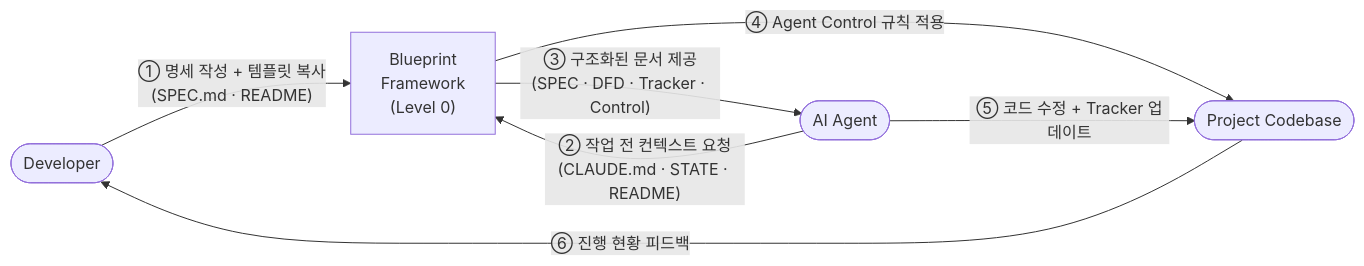
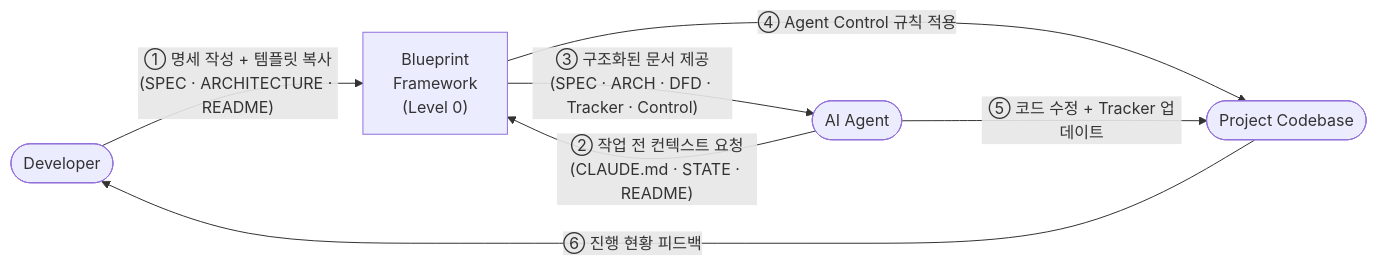
One commit to kimtaesung98/Project-Blueprint-Framework changed the diagram in README.md. Above: the diagram before and after it, drawn with Mermaid. The commit also changed other lines of this file and 14 other files, not shown here.

First line of the commit message:
docs: v2.1 — add ARCHITECTURE layer (tech stack, module rules, ADR)

````diff
--- a/README.md
+++ b/README.md
@@ -12,13 +12,13 @@
 ```mermaid
 flowchart LR
     Developer([Developer])
     Agent([AI Agent])
     Codebase([Project Codebase])
 
-    Developer -->|"① 명세 작성 + 템플릿 복사<br>(SPEC.md · README)"| BPF["Blueprint<br>Framework<br>(Level 0)"]
+    Developer -->|"① 명세 작성 + 템플릿 복사<br>(SPEC · ARCHITECTURE · README)"| BPF["Blueprint<br>Framework<br>(Level 0)"]
     Agent -->|"② 작업 전 컨텍스트 요청<br>(CLAUDE.md · STATE · README)"| BPF
-    BPF -->|"③ 구조화된 문서 제공<br>(SPEC · DFD · Tracker · Control)"| Agent
+    BPF -->|"③ 구조화된 문서 제공<br>(SPEC · ARCH · DFD · Tracker · Control)"| Agent
     BPF -->|"④ Agent Control 규칙 적용"| Codebase
     Agent -->|"⑤ 코드 수정 + Tracker 업데이트"| Codebase
     Codebase -->|"⑥ 진행 현황 피드백"| Developer
 ```
````
